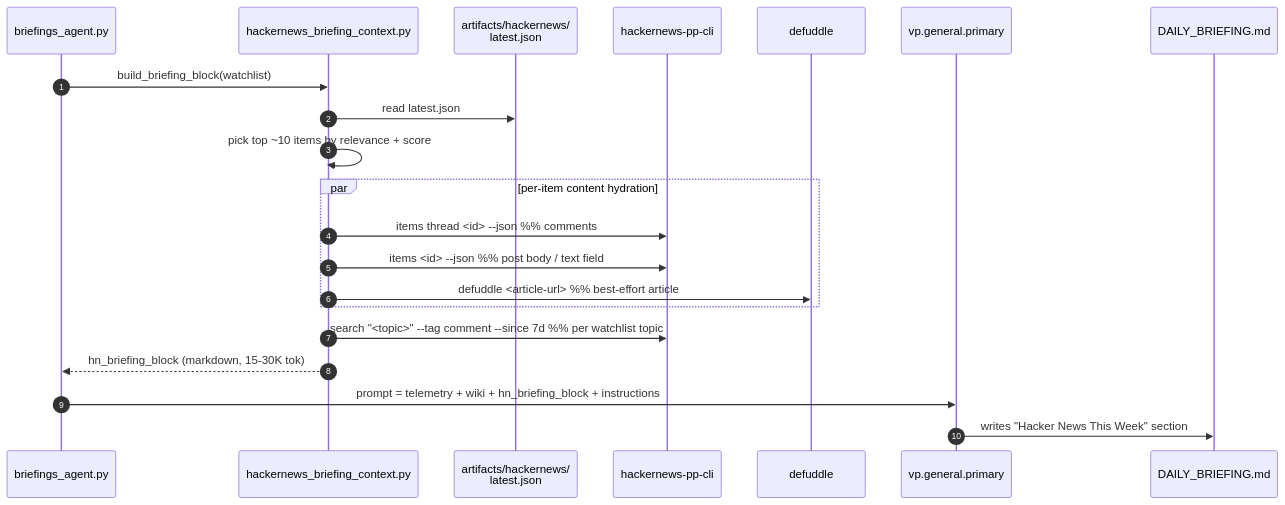
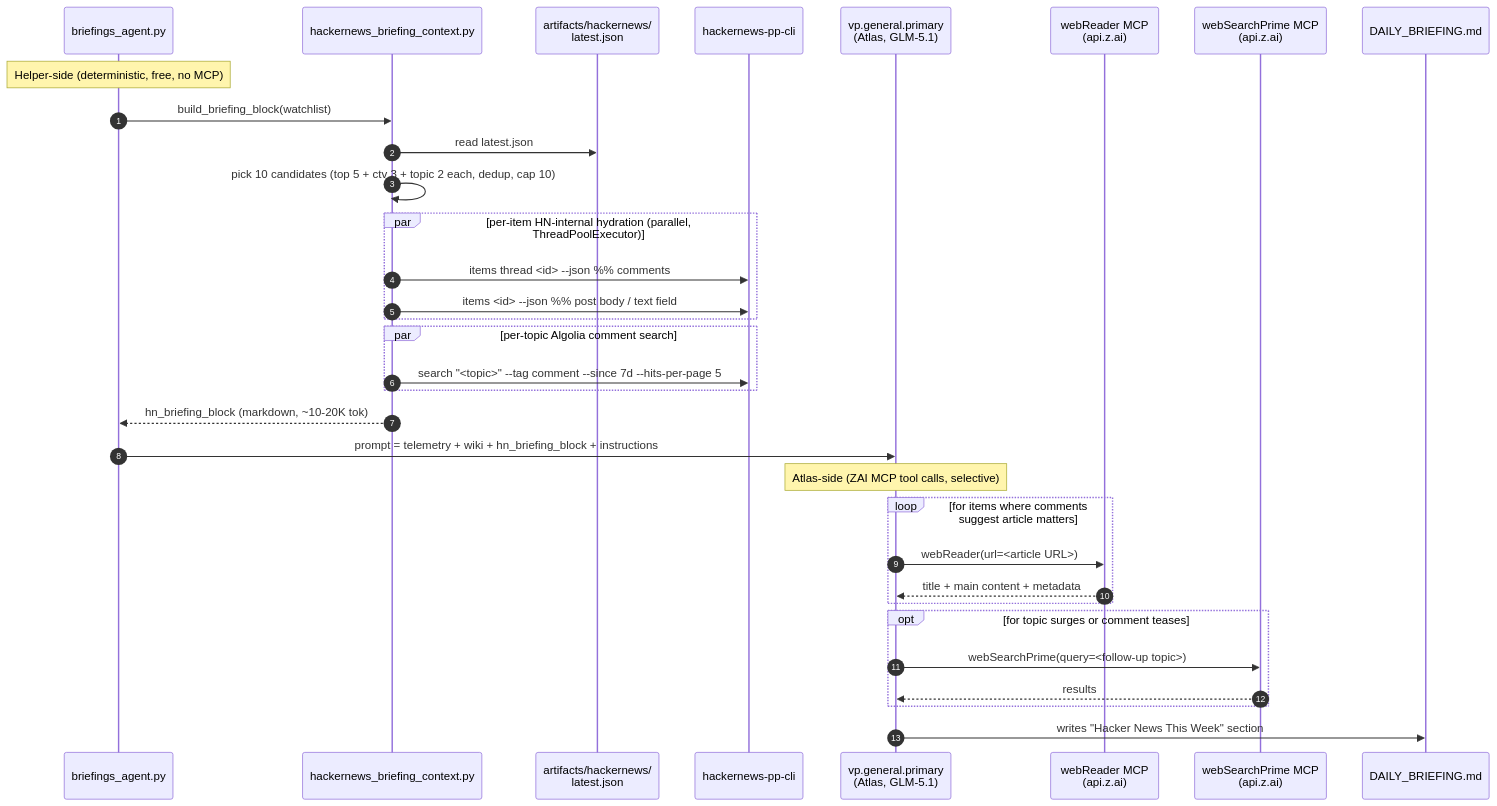
Before and after one commit to Kjdragan/universal_agent: the second of 4 diagrams in docs/integrations/hackernews_phase2_plan.md, drawn with Mermaid. The commit also changed other lines of this file and 2 other files, not shown here.

````diff
--- a/docs/integrations/hackernews_phase2_plan.md
+++ b/docs/integrations/hackernews_phase2_plan.md
@@ -86,24 +95,37 @@
 ```mermaid
 sequenceDiagram
     autonumber
     participant Agent as briefings_agent.py
     participant Hlp as hackernews_briefing_context.py
     participant Snap as artifacts/hackernews/<br/>latest.json
     participant CLI as hackernews-pp-cli
-    participant Df as defuddle
-    participant VP as vp.general.primary
+    participant VP as vp.general.primary<br/>(Atlas, GLM-5.1)
+    participant WR as webReader MCP<br/>(api.z.ai)
+    participant WS as webSearchPrime MCP<br/>(api.z.ai)
     participant Out as DAILY_BRIEFING.md
 
+    Note over Agent: Helper-side (deterministic, free, no MCP)
     Agent->>Hlp: build_briefing_block(watchlist)
     Hlp->>Snap: read latest.json
-    Hlp->>Hlp: pick top ~10 items by relevance + score
-    par per-item content hydration
+    Hlp->>Hlp: pick 10 candidates (top 5 + ctv 3 + topic 2 each, dedup, cap 10)
+    par per-item HN-internal hydration (parallel, ThreadPoolExecutor)
       Hlp->>CLI: items thread <id> --json   %% comments
       Hlp->>CLI: items <id> --json          %% post body / text field
-      Hlp->>Df: defuddle <article-url>      %% best-effort article
     end
-    Hlp->>CLI: search "<topic>" --tag comment --since 7d  %% per watchlist topic
-    Hlp-->>Agent: hn_briefing_block (markdown, 15-30K tok)
+    par per-topic Algolia comment search
+      Hlp->>CLI: search "<topic>" --tag comment --since 7d --hits-per-page 5
+    end
+    Hlp-->>Agent: hn_briefing_block (markdown, ~10-20K tok)
     Agent->>VP: prompt = telemetry + wiki + hn_briefing_block + instructions
+
+    Note over VP: Atlas-side (ZAI MCP tool calls, selective)
+    loop for items where comments suggest article matters
+      VP->>WR: webReader(url=<article URL>)
+      WR-->>VP: title + main content + metadata
+    end
+    opt for topic surges or comment teases
+      VP->>WS: webSearchPrime(query=<follow-up topic>)
+      WS-->>VP: results
+    end
     VP->>Out: writes "Hacker News This Week" section
 ```
````
